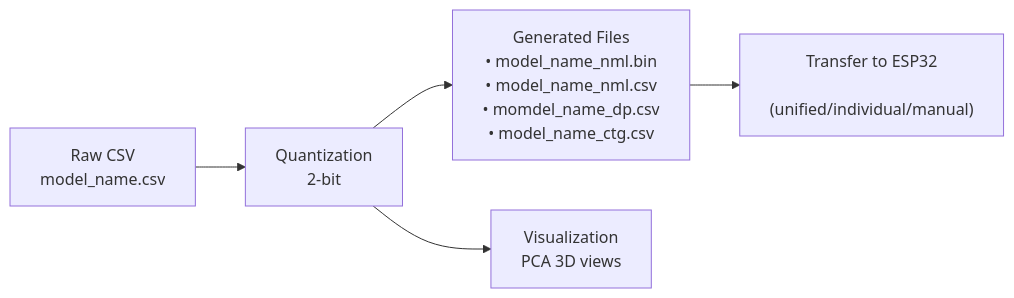
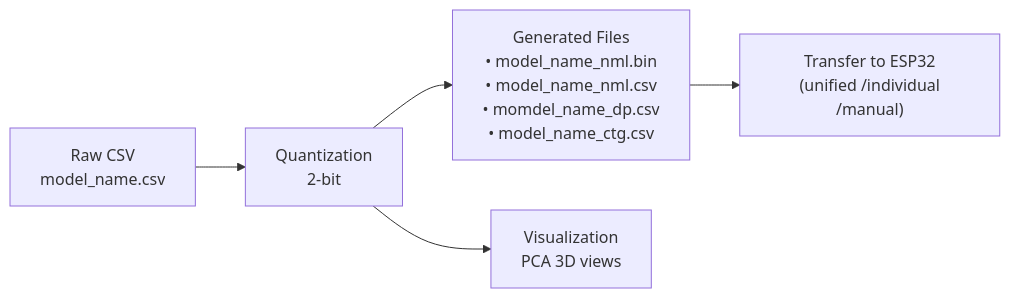
Before and after one commit to viettran-edgeAI/MCU: the first of 2 diagrams in tools/data_processing/README.md, drawn with Mermaid. The commit also changed other lines of this file, not shown here.

````diff
--- a/tools/data_processing/README.md
+++ b/tools/data_processing/README.md
@@ -15,7 +15,7 @@
 ```mermaid
 flowchart LR
   A["Raw CSV<br/>model_name.csv"] --> B["Quantization<br/>2-bit"]
   B --> C["Generated Files<br/>• model_name_nml.bin <br/>• model_name_nml.csv <br/>• momdel_name_dp.csv <br/>• model_name_ctg.csv"]
   B --> D["Visualization<br/>PCA 3D views"]
-  C --> E["Transfer to ESP32<br/> (unified/individual/manual)"]
+  C --> E["Transfer to ESP32<br/> (unified /individual /manual)"]
 ```
````
